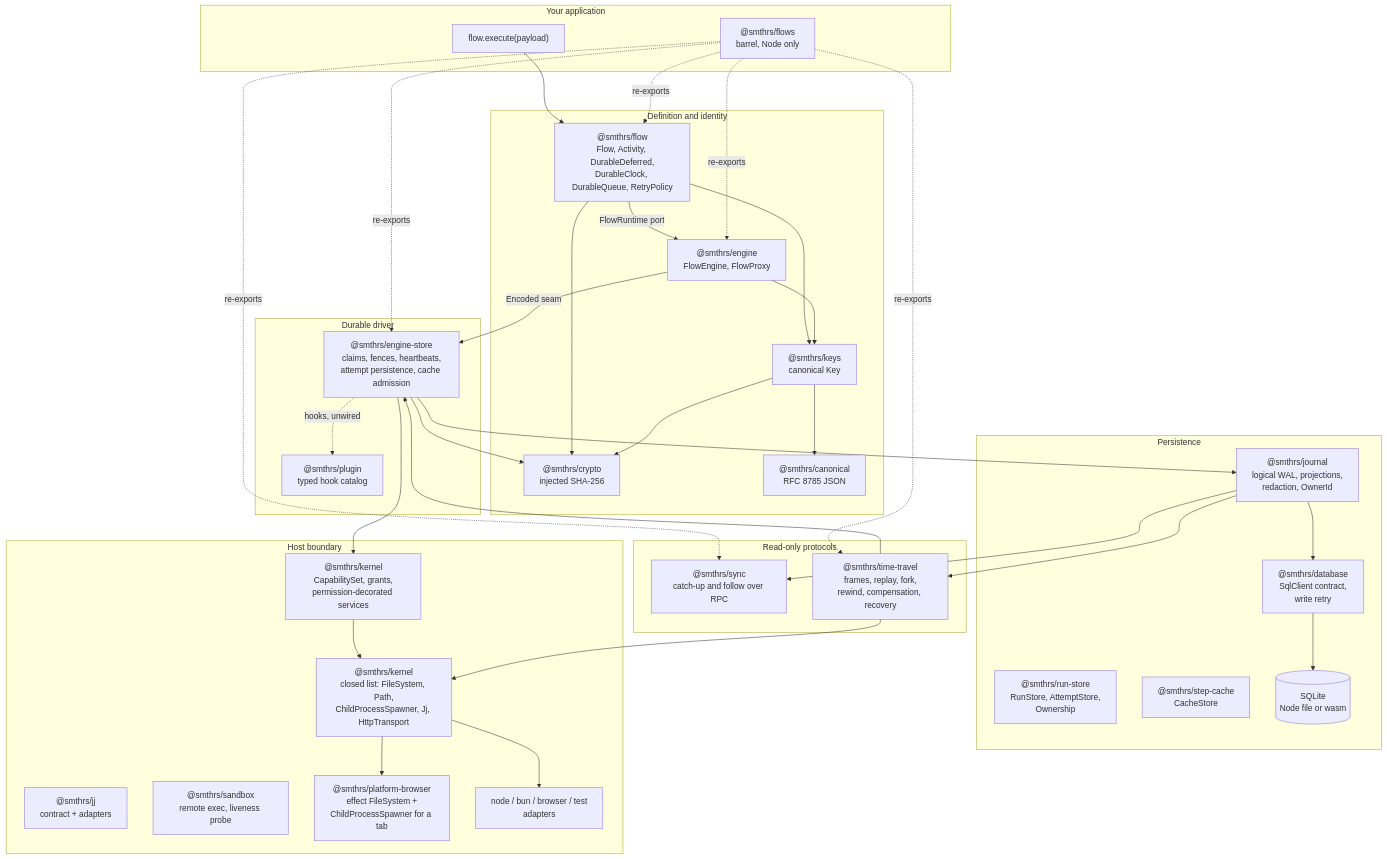
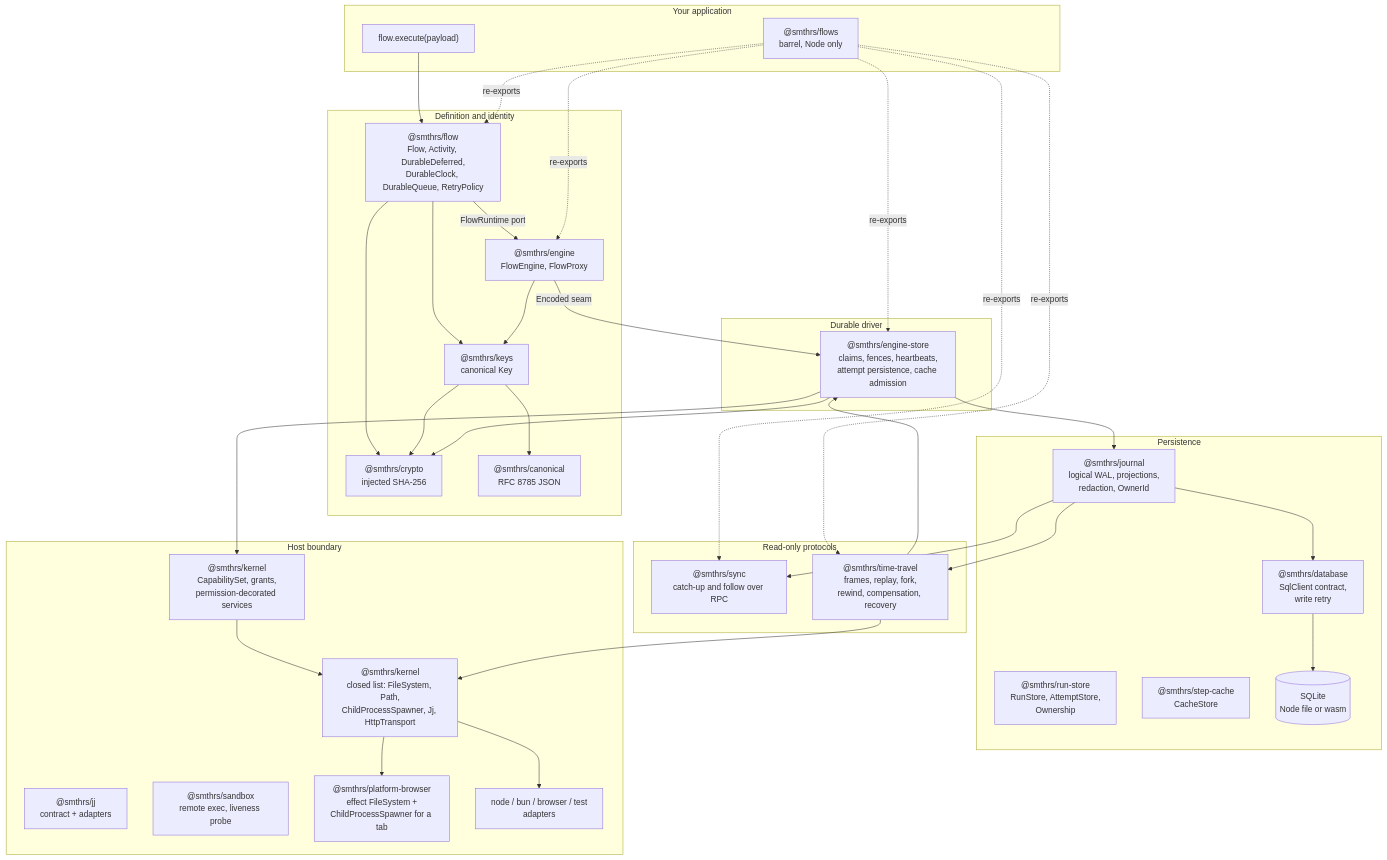
One commit to smithersai/flows changed the first of 2 diagrams in docs/pages/architecture.md. Above: the diagram before and after it, drawn with Mermaid. The commit also changed other lines of this file and 39 other files, not shown here.

Commit message:
♻️ refactor(plugin): delete @smthrs/plugin — extension is DI at the owning seam

````diff
--- a/docs/pages/architecture.md
+++ b/docs/pages/architecture.md
@@ -7,69 +7,67 @@
 ```mermaid
 flowchart TB
   subgraph app["Your application"]
     CALL["flow.execute(payload)"]
     BARREL["@smthrs/flows<br/>barrel, Node only"]
   end
 
   subgraph define["Definition and identity"]
     FLOW["@smthrs/flow<br/>Flow, Activity, DurableDeferred,<br/>DurableClock, DurableQueue, RetryPolicy"]
     ENGINE["@smthrs/engine<br/>FlowEngine, FlowProxy"]
     KEYS["@smthrs/keys<br/>canonical Key"]
     CRYPTO["@smthrs/crypto<br/>injected SHA-256"]
     CANONICAL["@smthrs/canonical<br/>RFC 8785 JSON"]
   end
 
   subgraph drive["Durable driver"]
     STORE["@smthrs/engine-store<br/>claims, fences, heartbeats,<br/>attempt persistence, cache admission"]
-    PLUGIN["@smthrs/plugin<br/>typed hook catalog"]
   end
 
   subgraph persist["Persistence"]
     JOURNAL["@smthrs/journal<br/>logical WAL, projections,<br/>redaction, OwnerId"]
     RUNSTORE["@smthrs/run-store<br/>RunStore, AttemptStore,<br/>Ownership"]
     STEPCACHE["@smthrs/step-cache<br/>CacheStore"]
     DB["@smthrs/database<br/>SqlClient contract,<br/>write retry"]
     SQL[("SQLite<br/>Node file or wasm")]
   end
 
   subgraph guard["Host boundary"]
     KERNEL["@smthrs/kernel<br/>CapabilitySet, grants,<br/>permission-decorated services"]
     HOST["@smthrs/kernel<br/>closed list: FileSystem, Path,<br/>ChildProcessSpawner, Jj, HttpTransport"]
     JJ["@smthrs/jj<br/>contract + adapters"]
     SANDBOX["@smthrs/sandbox<br/>remote exec, liveness probe"]
     PB["@smthrs/platform-browser<br/>effect FileSystem +<br/>ChildProcessSpawner for a tab"]
     ADAPTERS["node / bun / browser / test<br/>adapters"]
   end
 
   subgraph read["Read-only protocols"]
     SYNC["@smthrs/sync<br/>catch-up and follow over RPC"]
     TT["@smthrs/time-travel<br/>frames, replay, fork,<br/>rewind, compensation, recovery"]
   end
 
   CALL --> FLOW
   FLOW -->|FlowRuntime port| ENGINE
   BARREL -.re-exports.-> FLOW
   BARREL -.re-exports.-> ENGINE
   BARREL -.re-exports.-> STORE
   BARREL -.re-exports.-> SYNC
   BARREL -.re-exports.-> TT
   FLOW --> KEYS
   FLOW --> CRYPTO
   ENGINE --> KEYS
   KEYS --> CANONICAL
   KEYS --> CRYPTO
   ENGINE -->|Encoded seam| STORE
   STORE --> JOURNAL
   STORE --> CRYPTO
   STORE --> KERNEL
-  STORE -.hooks, unwired.-> PLUGIN
   JOURNAL --> DB
   DB --> SQL
   KERNEL --> HOST
   HOST --> ADAPTERS
   HOST --> PB
   JOURNAL --> SYNC
   JOURNAL --> TT
   TT --> STORE
   TT --> HOST
 ```
````
